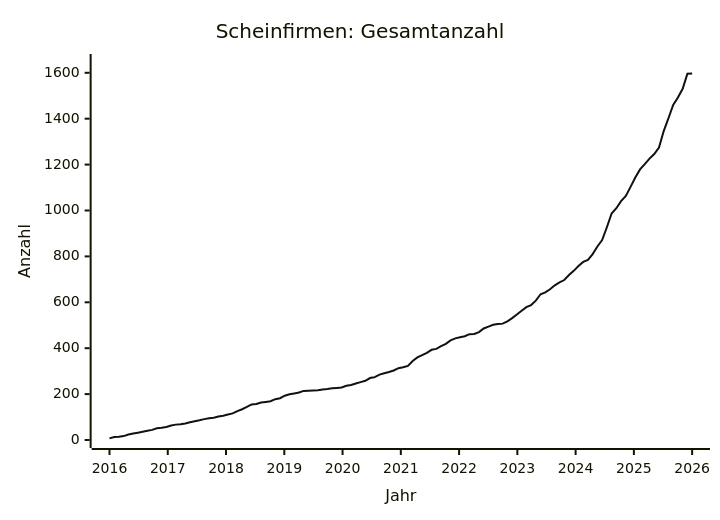
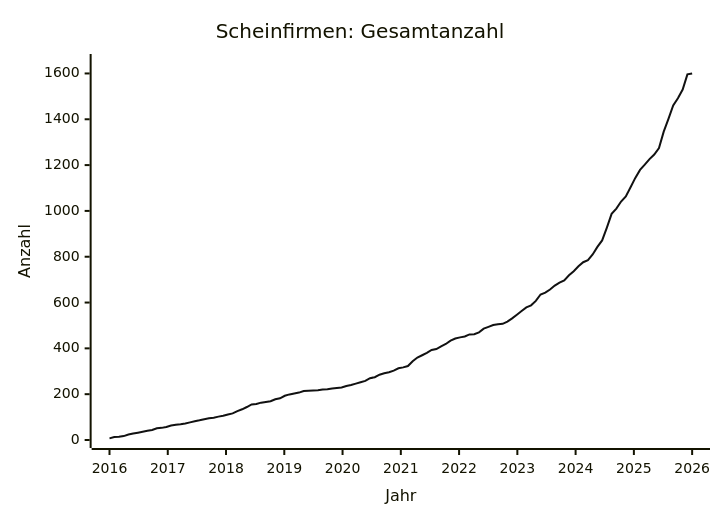
Before and after one commit to arjoma/scheinfirmen-at: the diagram in data/STATS.md, drawn with Mermaid. The commit also changed other lines of this file and 3 other files, not shown here.

````diff
--- a/data/STATS.md
+++ b/data/STATS.md
@@ -9,13 +9,13 @@
 ```mermaid
 ---
 config:
   themeVariables:
     xyChart:
       plotColorPalette: "#111111"
 ---
 xychart-beta
     title "Scheinfirmen: Gesamtanzahl"
     x-axis "Jahr" 2016 --> 2026
-    y-axis "Anzahl" 0 --> 1647
-    line [7, 13, 14, 17, 24, 28, 32, 36, 40, 44, 51, 53, 57, 63, 67, 69, 72, 77, 82, 86, 91, 95, 97, 102, 106, 111, 116, 126, 134, 144, 155, 157, 163, 166, 169, 178, 182, 193, 199, 203, 207, 214, 215, 216, 217, 220, 222, 225, 227, 229, 236, 240, 246, 252, 258, 270, 274, 285, 291, 296, 303, 313, 317, 323, 344, 360, 370, 380, 393, 397, 409, 419, 434, 443, 448, 452, 461, 462, 470, 486, 494, 502, 505, 507, 517, 531, 547, 563, 579, 588, 607, 635, 643, 657, 674, 687, 697, 719, 737, 758, 776, 785, 810, 843, 871, 927, 987, 1010, 1041, 1063, 1103, 1144, 1179, 1202, 1226, 1246, 1274, 1346, 1402, 1460, 1492, 1530, 1596, 1597]
+    y-axis "Anzahl" 0 --> 1650
+    line [7, 13, 14, 17, 24, 28, 32, 36, 40, 44, 51, 53, 57, 63, 67, 69, 72, 77, 82, 86, 91, 95, 97, 102, 106, 111, 116, 126, 134, 144, 155, 157, 163, 166, 169, 178, 182, 193, 199, 203, 207, 214, 215, 216, 217, 220, 222, 225, 227, 229, 236, 240, 246, 252, 258, 270, 274, 285, 291, 296, 303, 313, 317, 323, 344, 360, 370, 380, 393, 397, 409, 419, 434, 443, 448, 452, 461, 462, 470, 486, 494, 502, 505, 507, 517, 531, 547, 563, 579, 588, 607, 635, 643, 657, 674, 687, 697, 719, 737, 758, 776, 785, 810, 843, 871, 927, 987, 1010, 1041, 1063, 1103, 1144, 1179, 1202, 1226, 1246, 1274, 1346, 1402, 1460, 1492, 1530, 1596, 1600]
 ```
````
